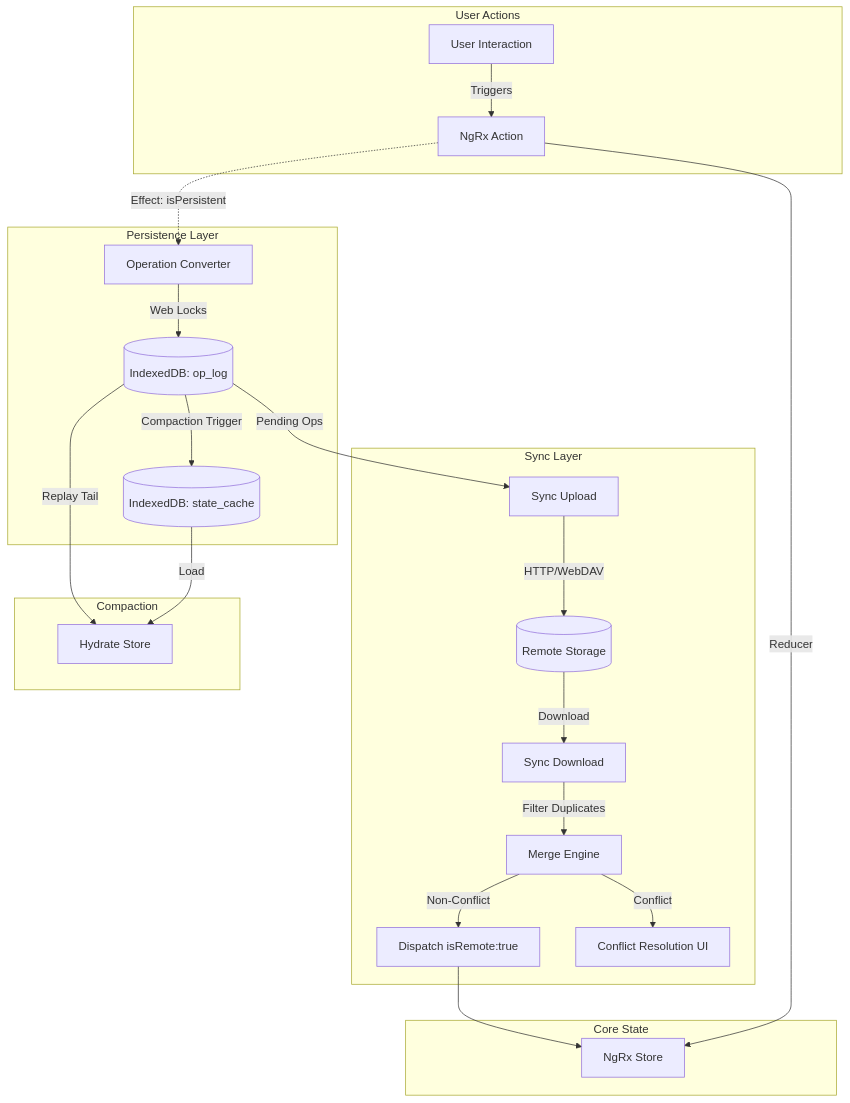
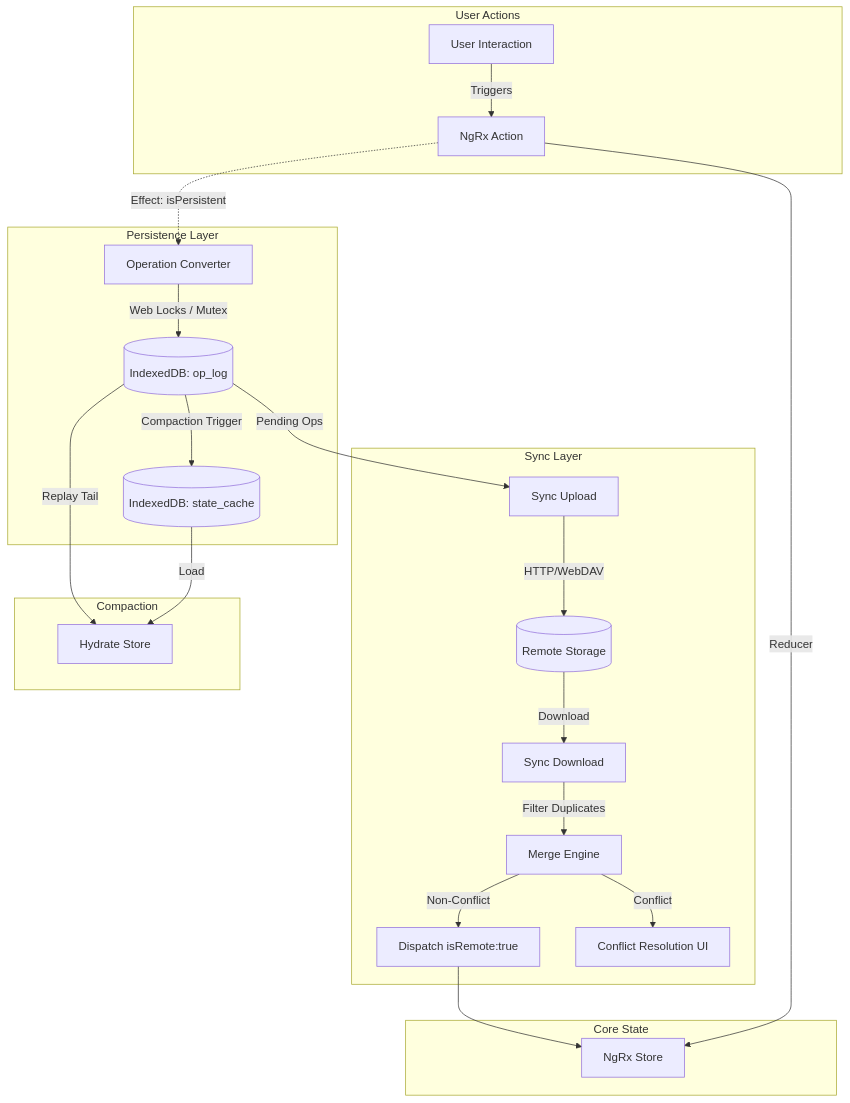
The first of 3 diagrams in docs/ai/operation-log-sync.md (johannesjo/super-productivity), drawn with Mermaid before and after one commit. The commit also changed other lines of this file and 2 other files, not shown here.

Commit message:
docs: plan operation log sync 14

````diff
--- a/docs/ai/operation-log-sync.md
+++ b/docs/ai/operation-log-sync.md
@@ -134,31 +168,31 @@
 ```mermaid
 graph TD
     subgraph User Actions
         User[User Interaction] -->|Triggers| Action[NgRx Action]
     end
 
     subgraph Core State
         Action -->|Reducer| Store[NgRx Store]
     end
 
     subgraph Persistence Layer
         Action -.->|Effect: isPersistent| OpConverter[Operation Converter]
-        OpConverter -->|Web Locks| OpLog[(IndexedDB: op_log)]
+        OpConverter -->|Web Locks / Mutex| OpLog[(IndexedDB: op_log)]
         OpLog -->|Compaction Trigger| StateCache[(IndexedDB: state_cache)]
     end
 
     subgraph Sync Layer
         OpLog -->|Pending Ops| SyncUp[Sync Upload]
         SyncUp -->|HTTP/WebDAV| Cloud[(Remote Storage)]
         Cloud -->|Download| SyncDown[Sync Download]
         SyncDown -->|Filter Duplicates| MergeEngine[Merge Engine]
         MergeEngine -->|Non-Conflict| RemoteAction[Dispatch isRemote:true]
         MergeEngine -->|Conflict| ConflictResolver[Conflict Resolution UI]
         RemoteAction --> Store
     end
 
     subgraph Compaction
         StateCache -->|Load| Hydrate[Hydrate Store]
         OpLog -->|Replay Tail| Hydrate
     end
 ```
````
